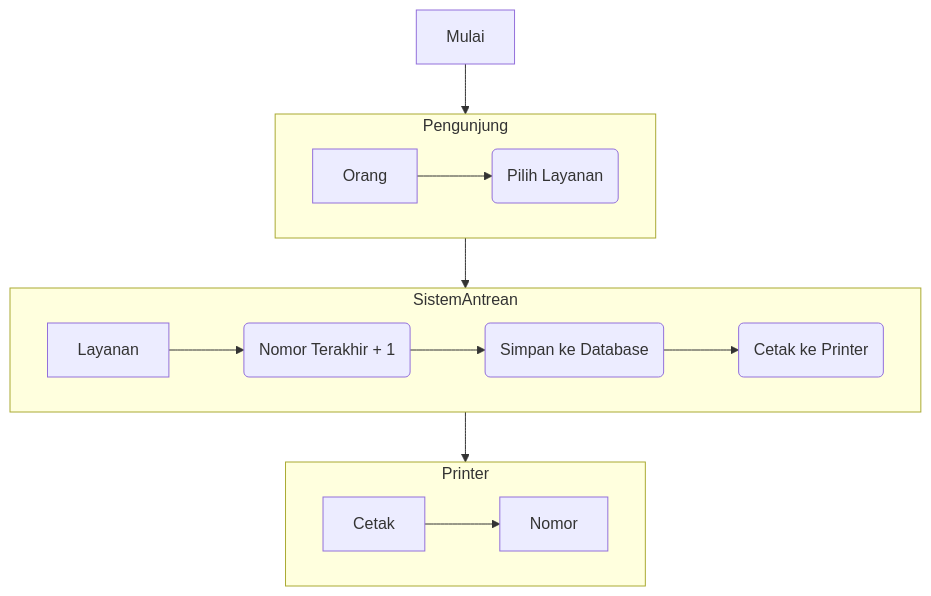
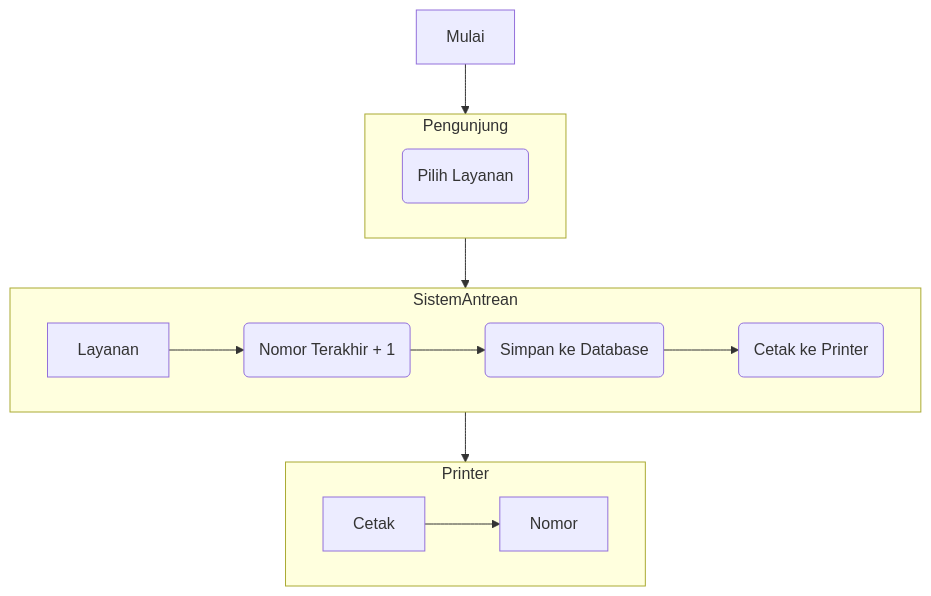
The diagram in flowchart_antrean.mmd (rezekikode/diagram), drawn with Mermaid before and after one commit.

```diff
--- a/flowchart_antrean.mmd
+++ b/flowchart_antrean.mmd
@@ -1,13 +1,13 @@
 flowchart TB
   Mulai-->Pengunjung
   Pengunjung-->SistemAntrean
   SistemAntrean-->Printer
   subgraph Pengunjung
-    Orang-->p1("Pilih Layanan")
+    p1("Pilih Layanan")
   end  
   subgraph SistemAntrean
     Layanan-->s1("Nomor Terakhir + 1")-->s2("Simpan ke Database")-->s3("Cetak ke Printer")
   end
   subgraph Printer
     Cetak-->Nomor
   end
```
